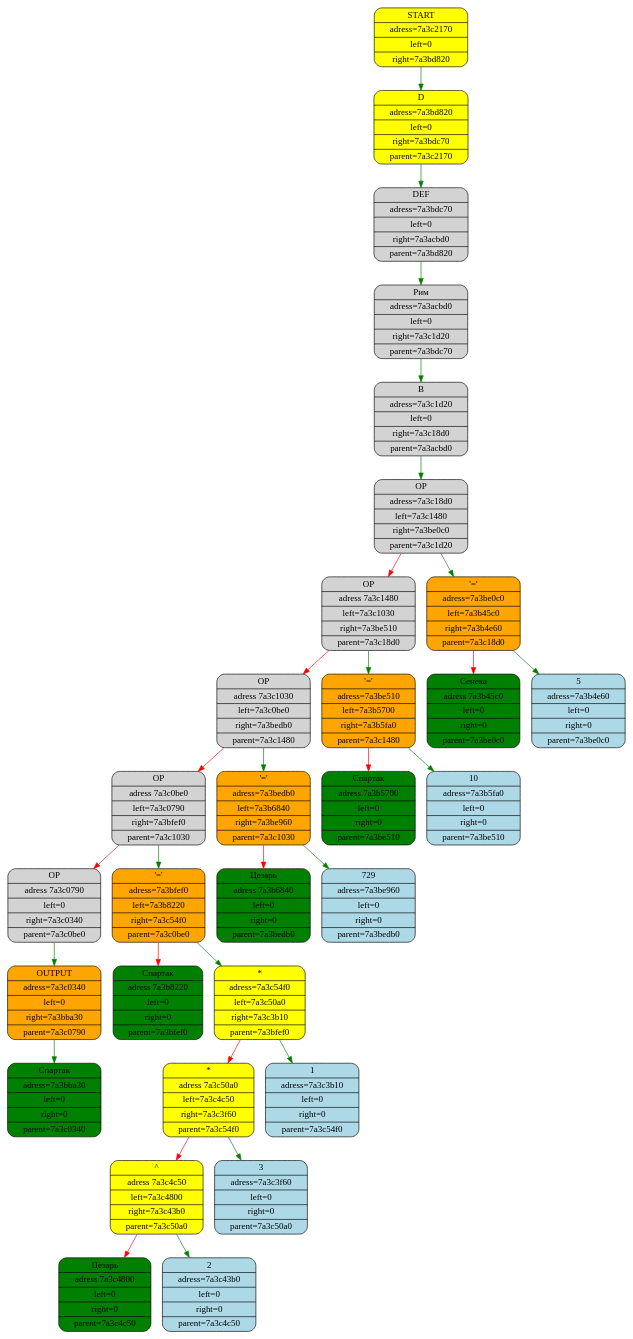
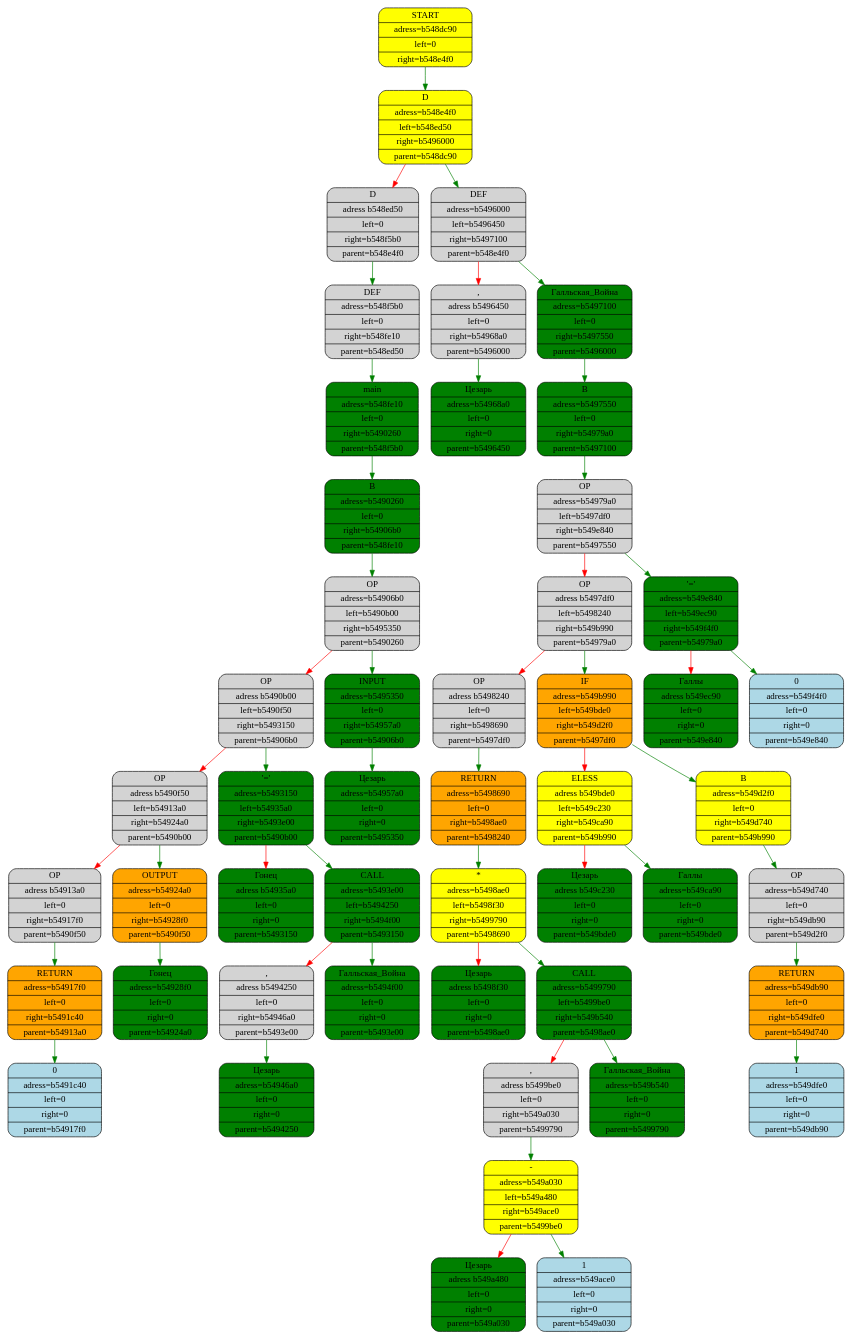
Before and after one commit to kostya2709/New_Roman: the diagram in equation_dump.gv, drawn with Graphviz. The commit also changed 31 other files, not shown here.

```diff
--- a/equation_dump.gv
+++ b/equation_dump.gv
@@ -1,62 +1,102 @@
 digraph First{
 node [shape="Mrecord", style="filled", fillcolor="lightblue"];
-"box7a3c2170" [fillcolor = "yellow",label="{START|adress=7a3c2170|left=0|right=7a3bd820}"];
-"box7a3bd820" [fillcolor="yellow",label="{D|adress=7a3bd820|left=0|right=7a3bdc70|parent=7a3c2170}"];
-"box7a3c2170" -> "box7a3bd820"[color="green"];
-"box7a3bdc70" [fillcolor="",label="{DEF|adress=7a3bdc70|left=0|right=7a3acbd0|parent=7a3bd820}"];
-"box7a3bd820" -> "box7a3bdc70"[color="green"];
-"box7a3acbd0" [fillcolor="",label="{Рим|adress=7a3acbd0|left=0|right=7a3c1d20|parent=7a3bdc70}"];
-"box7a3bdc70" -> "box7a3acbd0"[color="green"];
-"box7a3c1d20" [fillcolor="",label="{B|adress=7a3c1d20|left=0|right=7a3c18d0|parent=7a3acbd0}"];
-"box7a3acbd0" -> "box7a3c1d20"[color="green"];
-"box7a3c18d0" [fillcolor="",label="{OP|adress=7a3c18d0|left=7a3c1480|right=7a3be0c0|parent=7a3c1d20}"];
-"box7a3c1d20" -> "box7a3c18d0"[color="green"];
-"box7a3c1480" [fillcolor="",label="{OP|adress 7a3c1480|left=7a3c1030|right=7a3be510|parent=7a3c18d0}"];
-"box7a3c18d0" -> "box7a3c1480"[color="red"];
-"box7a3c1030" [fillcolor="",label="{OP|adress 7a3c1030|left=7a3c0be0|right=7a3bedb0|parent=7a3c1480}"];
-"box7a3c1480" -> "box7a3c1030"[color="red"];
-"box7a3c0be0" [fillcolor="",label="{OP|adress 7a3c0be0|left=7a3c0790|right=7a3bfef0|parent=7a3c1030}"];
-"box7a3c1030" -> "box7a3c0be0"[color="red"];
-"box7a3c0790" [fillcolor="",label="{OP|adress 7a3c0790|left=0|right=7a3c0340|parent=7a3c0be0}"];
-"box7a3c0be0" -> "box7a3c0790"[color="red"];
-"box7a3c0340" [fillcolor="orange",label="{OUTPUT|adress=7a3c0340|left=0|right=7a3bba30|parent=7a3c0790}"];
-"box7a3c0790" -> "box7a3c0340"[color="green"];
-"box7a3bba30" [fillcolor="green",label="{Спартак|adress=7a3bba30|left=0|right=0|parent=7a3c0340}"];
-"box7a3c0340" -> "box7a3bba30"[color="green"];
-"box7a3bfef0" [fillcolor="orange",label="{'='|adress=7a3bfef0|left=7a3b8220|right=7a3c54f0|parent=7a3c0be0}"];
-"box7a3c0be0" -> "box7a3bfef0"[color="green"];
-"box7a3b8220" [fillcolor="green",label="{Спартак|adress 7a3b8220|left=0|right=0|parent=7a3bfef0}"];
-"box7a3bfef0" -> "box7a3b8220"[color="red"];
-"box7a3c54f0" [fillcolor="yellow",label="{*|adress=7a3c54f0|left=7a3c50a0|right=7a3c3b10|parent=7a3bfef0}"];
-"box7a3bfef0" -> "box7a3c54f0"[color="green"];
-"box7a3c50a0" [fillcolor="yellow",label="{*|adress 7a3c50a0|left=7a3c4c50|right=7a3c3f60|parent=7a3c54f0}"];
-"box7a3c54f0" -> "box7a3c50a0"[color="red"];
-"box7a3c4c50" [fillcolor="yellow",label="{^|adress 7a3c4c50|left=7a3c4800|right=7a3c43b0|parent=7a3c50a0}"];
-"box7a3c50a0" -> "box7a3c4c50"[color="red"];
-"box7a3c4800" [fillcolor="green",label="{Цезарь|adress 7a3c4800|left=0|right=0|parent=7a3c4c50}"];
-"box7a3c4c50" -> "box7a3c4800"[color="red"];
-"box7a3c43b0" [label="{2|adress=7a3c43b0|left=0|right=0|parent=7a3c4c50}"];
-"box7a3c4c50" -> "box7a3c43b0"[color="green"];
-"box7a3c3f60" [label="{3|adress=7a3c3f60|left=0|right=0|parent=7a3c50a0}"];
-"box7a3c50a0" -> "box7a3c3f60"[color="green"];
-"box7a3c3b10" [label="{1|adress=7a3c3b10|left=0|right=0|parent=7a3c54f0}"];
-"box7a3c54f0" -> "box7a3c3b10"[color="green"];
-"box7a3bedb0" [fillcolor="orange",label="{'='|adress=7a3bedb0|left=7a3b6840|right=7a3be960|parent=7a3c1030}"];
-"box7a3c1030" -> "box7a3bedb0"[color="green"];
-"box7a3b6840" [fillcolor="green",label="{Цезарь|adress 7a3b6840|left=0|right=0|parent=7a3bedb0}"];
-"box7a3bedb0" -> "box7a3b6840"[color="red"];
-"box7a3be960" [label="{729|adress=7a3be960|left=0|right=0|parent=7a3bedb0}"];
-"box7a3bedb0" -> "box7a3be960"[color="green"];
-"box7a3be510" [fillcolor="orange",label="{'='|adress=7a3be510|left=7a3b5700|right=7a3b5fa0|parent=7a3c1480}"];
-"box7a3c1480" -> "box7a3be510"[color="green"];
-"box7a3b5700" [fillcolor="green",label="{Спартак|adress 7a3b5700|left=0|right=0|parent=7a3be510}"];
-"box7a3be510" -> "box7a3b5700"[color="red"];
-"box7a3b5fa0" [label="{10|adress=7a3b5fa0|left=0|right=0|parent=7a3be510}"];
-"box7a3be510" -> "box7a3b5fa0"[color="green"];
-"box7a3be0c0" [fillcolor="orange",label="{'='|adress=7a3be0c0|left=7a3b45c0|right=7a3b4e60|parent=7a3c18d0}"];
-"box7a3c18d0" -> "box7a3be0c0"[color="green"];
-"box7a3b45c0" [fillcolor="green",label="{Сенека|adress 7a3b45c0|left=0|right=0|parent=7a3be0c0}"];
-"box7a3be0c0" -> "box7a3b45c0"[color="red"];
-"box7a3b4e60" [label="{5|adress=7a3b4e60|left=0|right=0|parent=7a3be0c0}"];
-"box7a3be0c0" -> "box7a3b4e60"[color="green"];
+"boxb548dc90" [fillcolor = "yellow",label="{START|adress=b548dc90|left=0|right=b548e4f0}"];
+"boxb548e4f0" [fillcolor="yellow",label="{D|adress=b548e4f0|left=b548ed50|right=b5496000|parent=b548dc90}"];
+"boxb548dc90" -> "boxb548e4f0"[color="green"];
+"boxb548ed50" [fillcolor="",label="{D|adress b548ed50|left=0|right=b548f5b0|parent=b548e4f0}"];
+"boxb548e4f0" -> "boxb548ed50"[color="red"];
+"boxb548f5b0" [fillcolor="",label="{DEF|adress=b548f5b0|left=0|right=b548fe10|parent=b548ed50}"];
+"boxb548ed50" -> "boxb548f5b0"[color="green"];
+"boxb548fe10" [fillcolor="green",label="{main|adress=b548fe10|left=0|right=b5490260|parent=b548f5b0}"];
+"boxb548f5b0" -> "boxb548fe10"[color="green"];
+"boxb5490260" [fillcolor="green",label="{B|adress=b5490260|left=0|right=b54906b0|parent=b548fe10}"];
+"boxb548fe10" -> "boxb5490260"[color="green"];
+"boxb54906b0" [fillcolor="",label="{OP|adress=b54906b0|left=b5490b00|right=b5495350|parent=b5490260}"];
+"boxb5490260" -> "boxb54906b0"[color="green"];
+"boxb5490b00" [fillcolor="",label="{OP|adress b5490b00|left=b5490f50|right=b5493150|parent=b54906b0}"];
+"boxb54906b0" -> "boxb5490b00"[color="red"];
+"boxb5490f50" [fillcolor="",label="{OP|adress b5490f50|left=b54913a0|right=b54924a0|parent=b5490b00}"];
+"boxb5490b00" -> "boxb5490f50"[color="red"];
+"boxb54913a0" [fillcolor="",label="{OP|adress b54913a0|left=0|right=b54917f0|parent=b5490f50}"];
+"boxb5490f50" -> "boxb54913a0"[color="red"];
+"boxb54917f0" [fillcolor="orange",label="{RETURN|adress=b54917f0|left=0|right=b5491c40|parent=b54913a0}"];
+"boxb54913a0" -> "boxb54917f0"[color="green"];
+"boxb5491c40" [label="{0|adress=b5491c40|left=0|right=0|parent=b54917f0}"];
+"boxb54917f0" -> "boxb5491c40"[color="green"];
+"boxb54924a0" [fillcolor="orange",label="{OUTPUT|adress=b54924a0|left=0|right=b54928f0|parent=b5490f50}"];
+"boxb5490f50" -> "boxb54924a0"[color="green"];
+"boxb54928f0" [fillcolor="green",label="{Гонец|adress=b54928f0|left=0|right=0|parent=b54924a0}"];
+"boxb54924a0" -> "boxb54928f0"[color="green"];
+"boxb5493150" [fillcolor="green",label="{'='|adress=b5493150|left=b54935a0|right=b5493e00|parent=b5490b00}"];
+"boxb5490b00" -> "boxb5493150"[color="green"];
+"boxb54935a0" [fillcolor="green",label="{Гонец|adress b54935a0|left=0|right=0|parent=b5493150}"];
+"boxb5493150" -> "boxb54935a0"[color="red"];
+"boxb5493e00" [fillcolor="green",label="{CALL|adress=b5493e00|left=b5494250|right=b5494f00|parent=b5493150}"];
+"boxb5493150" -> "boxb5493e00"[color="green"];
+"boxb5494250" [fillcolor="",label="{,|adress b5494250|left=0|right=b54946a0|parent=b5493e00}"];
+"boxb5493e00" -> "boxb5494250"[color="red"];
+"boxb54946a0" [fillcolor="green",label="{Цезарь|adress=b54946a0|left=0|right=0|parent=b5494250}"];
+"boxb5494250" -> "boxb54946a0"[color="green"];
+"boxb5494f00" [fillcolor="green",label="{Галльская_Война|adress=b5494f00|left=0|right=0|parent=b5493e00}"];
+"boxb5493e00" -> "boxb5494f00"[color="green"];
+"boxb5495350" [fillcolor="green",label="{INPUT|adress=b5495350|left=0|right=b54957a0|parent=b54906b0}"];
+"boxb54906b0" -> "boxb5495350"[color="green"];
+"boxb54957a0" [fillcolor="green",label="{Цезарь|adress=b54957a0|left=0|right=0|parent=b5495350}"];
+"boxb5495350" -> "boxb54957a0"[color="green"];
+"boxb5496000" [fillcolor="",label="{DEF|adress=b5496000|left=b5496450|right=b5497100|parent=b548e4f0}"];
+"boxb548e4f0" -> "boxb5496000"[color="green"];
+"boxb5496450" [fillcolor="",label="{,|adress b5496450|left=0|right=b54968a0|parent=b5496000}"];
+"boxb5496000" -> "boxb5496450"[color="red"];
+"boxb54968a0" [fillcolor="green",label="{Цезарь|adress=b54968a0|left=0|right=0|parent=b5496450}"];
+"boxb5496450" -> "boxb54968a0"[color="green"];
+"boxb5497100" [fillcolor="green",label="{Галльская_Война|adress=b5497100|left=0|right=b5497550|parent=b5496000}"];
+"boxb5496000" -> "boxb5497100"[color="green"];
+"boxb5497550" [fillcolor="green",label="{B|adress=b5497550|left=0|right=b54979a0|parent=b5497100}"];
+"boxb5497100" -> "boxb5497550"[color="green"];
+"boxb54979a0" [fillcolor="",label="{OP|adress=b54979a0|left=b5497df0|right=b549e840|parent=b5497550}"];
+"boxb5497550" -> "boxb54979a0"[color="green"];
+"boxb5497df0" [fillcolor="",label="{OP|adress b5497df0|left=b5498240|right=b549b990|parent=b54979a0}"];
+"boxb54979a0" -> "boxb5497df0"[color="red"];
+"boxb5498240" [fillcolor="",label="{OP|adress b5498240|left=0|right=b5498690|parent=b5497df0}"];
+"boxb5497df0" -> "boxb5498240"[color="red"];
+"boxb5498690" [fillcolor="orange",label="{RETURN|adress=b5498690|left=0|right=b5498ae0|parent=b5498240}"];
+"boxb5498240" -> "boxb5498690"[color="green"];
+"boxb5498ae0" [fillcolor="yellow",label="{*|adress=b5498ae0|left=b5498f30|right=b5499790|parent=b5498690}"];
+"boxb5498690" -> "boxb5498ae0"[color="green"];
+"boxb5498f30" [fillcolor="green",label="{Цезарь|adress b5498f30|left=0|right=0|parent=b5498ae0}"];
+"boxb5498ae0" -> "boxb5498f30"[color="red"];
+"boxb5499790" [fillcolor="green",label="{CALL|adress=b5499790|left=b5499be0|right=b549b540|parent=b5498ae0}"];
+"boxb5498ae0" -> "boxb5499790"[color="green"];
+"boxb5499be0" [fillcolor="",label="{,|adress b5499be0|left=0|right=b549a030|parent=b5499790}"];
+"boxb5499790" -> "boxb5499be0"[color="red"];
+"boxb549a030" [fillcolor="yellow",label="{-|adress=b549a030|left=b549a480|right=b549ace0|parent=b5499be0}"];
+"boxb5499be0" -> "boxb549a030"[color="green"];
+"boxb549a480" [fillcolor="green",label="{Цезарь|adress b549a480|left=0|right=0|parent=b549a030}"];
+"boxb549a030" -> "boxb549a480"[color="red"];
+"boxb549ace0" [label="{1|adress=b549ace0|left=0|right=0|parent=b549a030}"];
+"boxb549a030" -> "boxb549ace0"[color="green"];
+"boxb549b540" [fillcolor="green",label="{Галльская_Война|adress=b549b540|left=0|right=0|parent=b5499790}"];
+"boxb5499790" -> "boxb549b540"[color="green"];
+"boxb549b990" [fillcolor="orange",label="{IF|adress=b549b990|left=b549bde0|right=b549d2f0|parent=b5497df0}"];
+"boxb5497df0" -> "boxb549b990"[color="green"];
+"boxb549bde0" [fillcolor="yellow",label="{ELESS|adress b549bde0|left=b549c230|right=b549ca90|parent=b549b990}"];
+"boxb549b990" -> "boxb549bde0"[color="red"];
+"boxb549c230" [fillcolor="green",label="{Цезарь|adress b549c230|left=0|right=0|parent=b549bde0}"];
+"boxb549bde0" -> "boxb549c230"[color="red"];
+"boxb549ca90" [fillcolor="green",label="{Галлы|adress=b549ca90|left=0|right=0|parent=b549bde0}"];
+"boxb549bde0" -> "boxb549ca90"[color="green"];
+"boxb549d2f0" [fillcolor="yellow",label="{B|adress=b549d2f0|left=0|right=b549d740|parent=b549b990}"];
+"boxb549b990" -> "boxb549d2f0"[color="green"];
+"boxb549d740" [fillcolor="",label="{OP|adress=b549d740|left=0|right=b549db90|parent=b549d2f0}"];
+"boxb549d2f0" -> "boxb549d740"[color="green"];
+"boxb549db90" [fillcolor="orange",label="{RETURN|adress=b549db90|left=0|right=b549dfe0|parent=b549d740}"];
+"boxb549d740" -> "boxb549db90"[color="green"];
+"boxb549dfe0" [label="{1|adress=b549dfe0|left=0|right=0|parent=b549db90}"];
+"boxb549db90" -> "boxb549dfe0"[color="green"];
+"boxb549e840" [fillcolor="green",label="{'='|adress=b549e840|left=b549ec90|right=b549f4f0|parent=b54979a0}"];
+"boxb54979a0" -> "boxb549e840"[color="green"];
+"boxb549ec90" [fillcolor="green",label="{Галлы|adress b549ec90|left=0|right=0|parent=b549e840}"];
+"boxb549e840" -> "boxb549ec90"[color="red"];
+"boxb549f4f0" [label="{0|adress=b549f4f0|left=0|right=0|parent=b549e840}"];
+"boxb549e840" -> "boxb549f4f0"[color="green"];
 }
```
